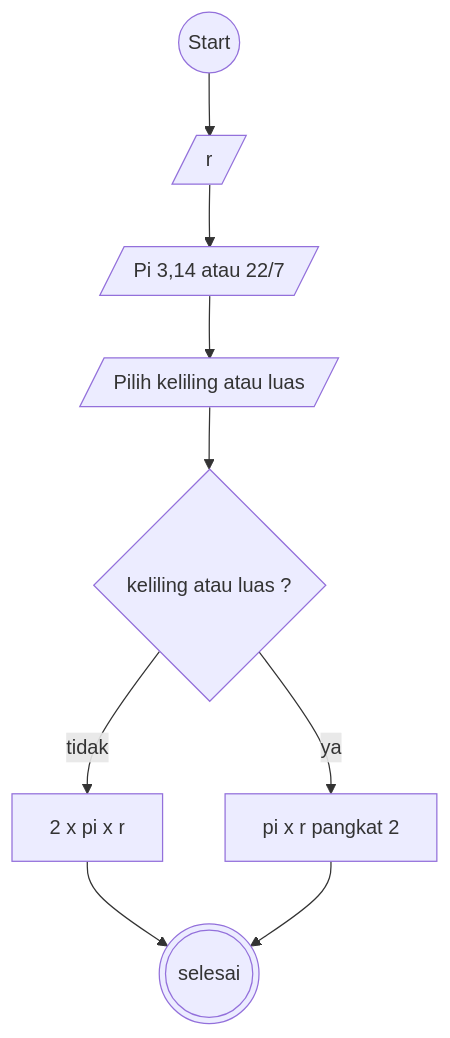
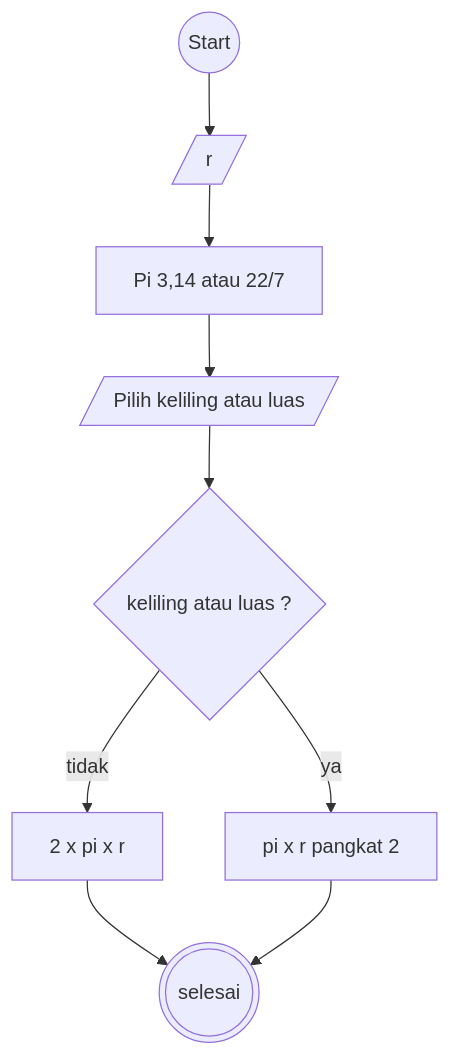
Before and after one commit to Farhan-dev-dot/koda-b10-algoritma: the second of 2 diagrams in README.md, drawn with Mermaid.

````diff
--- a/README.md
+++ b/README.md
@@ -66,27 +66,27 @@
 ```mermaid
 
 
 flowchart TD
 
 A@{ shape: circle, label: "Start" }
 B[/r/]
-C[/Pi 3,14 atau 22/7/]
+C[Pi 3,14 atau 22/7]
 D[/Pilih keliling atau luas /]
 E{ keliling atau luas ?}
 F[ pi x r pangkat 2 ]
 G[ 2 x pi x r ]
 I(((selesai)))
 
 A-->B
 B-->C
 C-->D
 D-->E
 E--ya-->F
 E--tidak-->G
 G-->I
 F-->I
 
 
 
 
 ```
````
